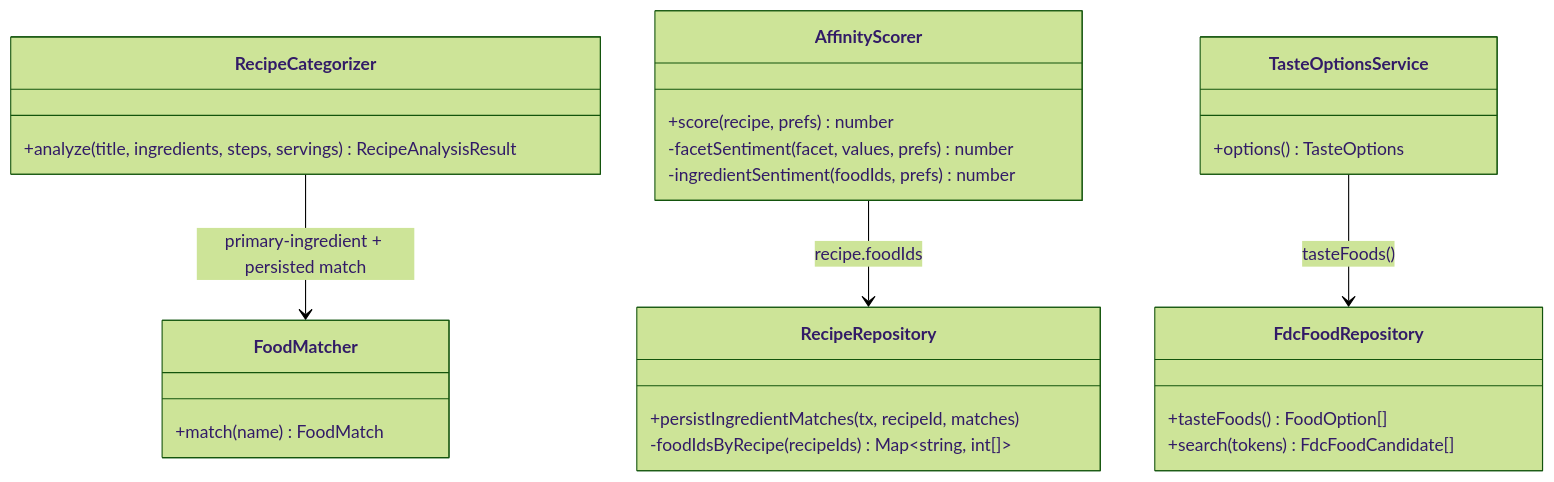
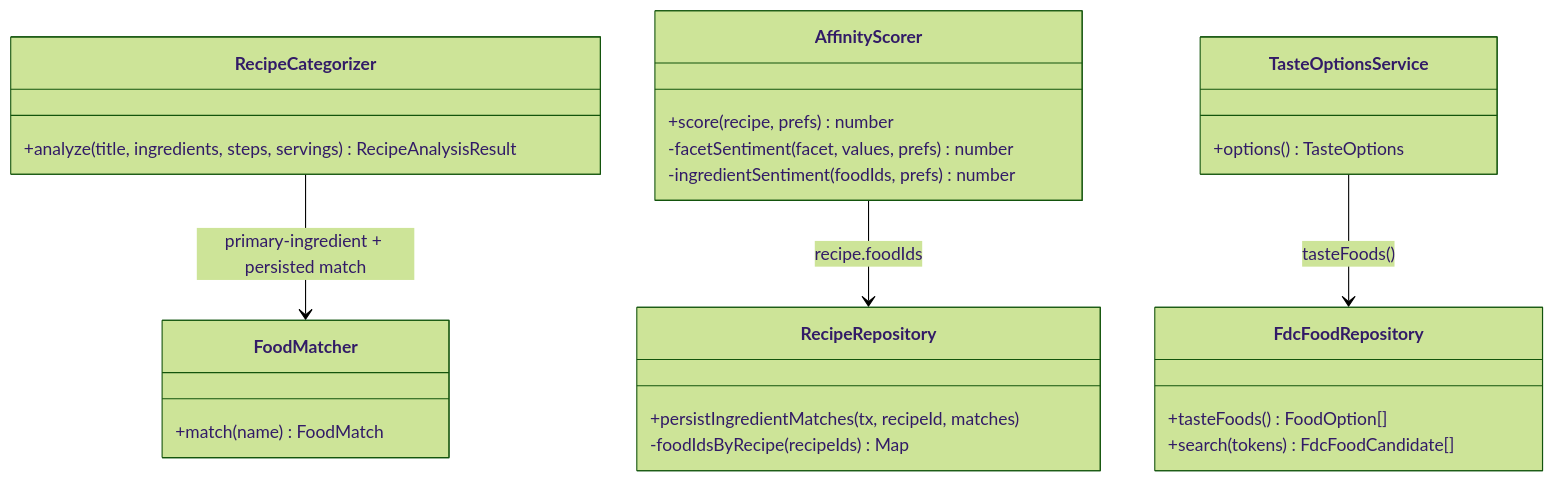
The fifth of 6 diagrams in docs/ranking/taste-classification-affinity.md (jordangaston/harvest), drawn with Mermaid (forest theme) before and after one commit. The commit also changed other lines of this file, not shown here.

Commit message:
docs(ranking): render mermaid on GitHub (backtick fences + classDiagram fixes)

````diff
--- a/docs/ranking/taste-classification-affinity.md
+++ b/docs/ranking/taste-classification-affinity.md
@@ -225,29 +225,29 @@
-~~~mermaid
+```mermaid
 classDiagram
     class RecipeCategorizer {
         +analyze(title, ingredients, steps, servings) RecipeAnalysisResult
     }
     class FoodMatcher {
         +match(name) FoodMatch
     }
     class AffinityScorer {
         +score(recipe, prefs) number
         -facetSentiment(facet, values, prefs) number
         -ingredientSentiment(foodIds, prefs) number
     }
     class TasteOptionsService {
         +options() TasteOptions
     }
     class FdcFoodRepository {
         +tasteFoods() FoodOption[]
         +search(tokens) FdcFoodCandidate[]
     }
     class RecipeRepository {
         +persistIngredientMatches(tx, recipeId, matches)
-        -foodIdsByRecipe(recipeIds) Map~string, int[]~
+        -foodIdsByRecipe(recipeIds) Map
     }
 
     TasteOptionsService --> FdcFoodRepository : tasteFoods()
     RecipeCategorizer --> FoodMatcher : primary-ingredient + persisted match
     AffinityScorer --> RecipeRepository : recipe.foodIds
-~~~
+```
````
